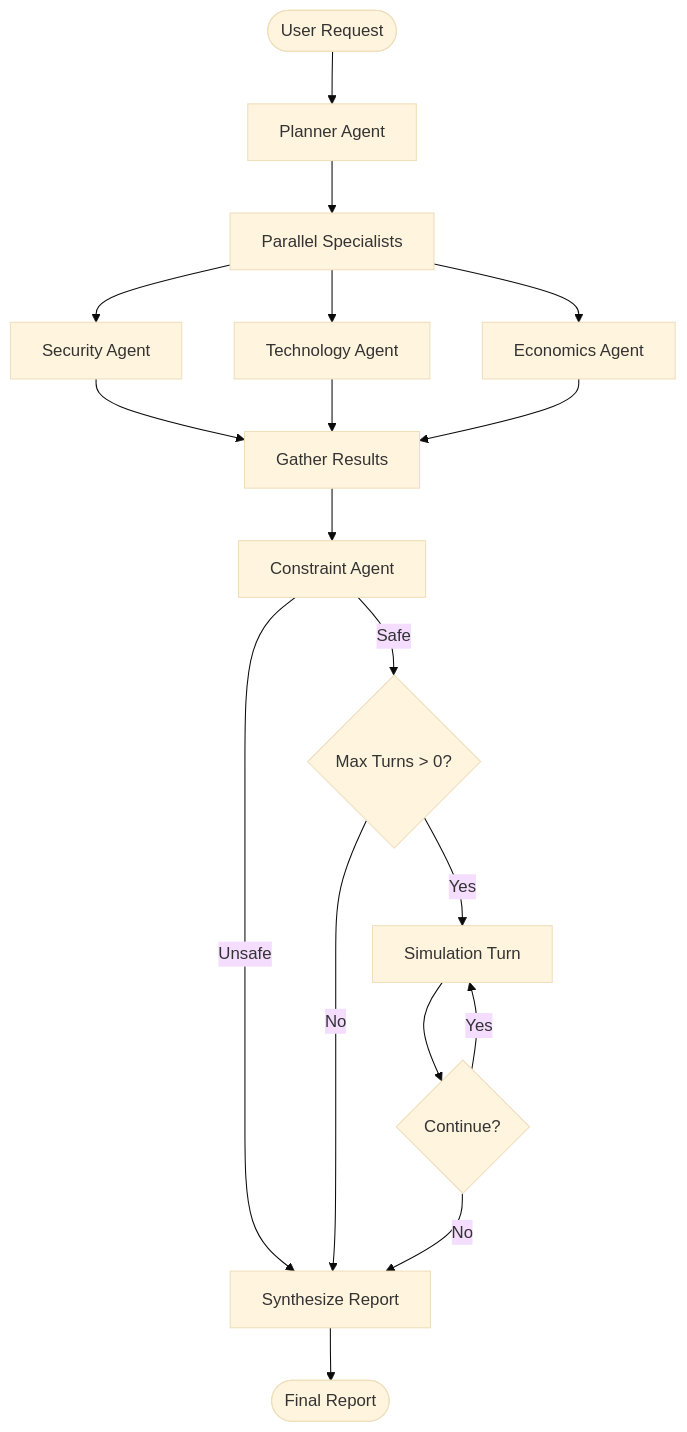
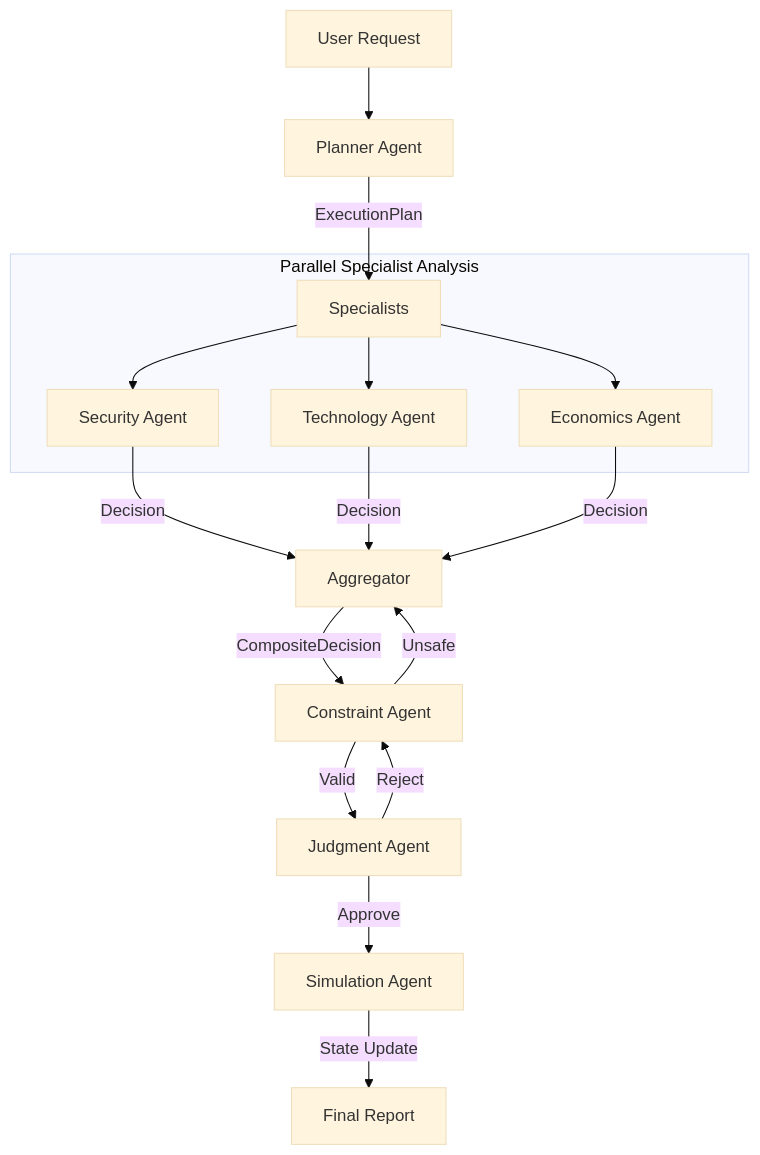
Before and after one commit to Auro-rium/simulation-agent: the diagram in README.md, drawn with Mermaid (base theme). The commit also changed other lines of this file and 46 other files, not shown here.

````diff
--- a/README.md
+++ b/README.md
@@ -36,27 +70,25 @@
 ```mermaid
 graph TD
-    Start([User Request]) --> Plan[Planner Agent]
-    Plan --> Specialists[Parallel Specialists]
+    User[User Request] --> Plan[Planner Agent]
+    Plan -->|ExecutionPlan| Specialists
     
-    Specialists --> Sec[Security Agent]
-    Specialists --> Tech[Technology Agent]
-    Specialists --> Econ[Economics Agent]
+    subgraph "Parallel Specialist Analysis"
+        Specialists --> Sec[Security Agent]
+        Specialists --> Tech[Technology Agent]
+        Specialists --> Econ[Economics Agent]
+    end
     
-    Sec --> Gather[Gather Results]
-    Tech --> Gather
-    Econ --> Gather
+    Sec -->|Decision| Aggregator
+    Tech -->|Decision| Aggregator
+    Econ -->|Decision| Aggregator
     
-    Gather --> Constraint[Constraint Agent]
+    Aggregator -->|CompositeDecision| Constraint[Constraint Agent]
     
-    Constraint -->|Safe| SimCheck{Max Turns > 0?}
-    Constraint -->|Unsafe| Synthesize[Synthesize Report]
+    Constraint -->|Valid| Judgment[Judgment Agent]
+    Constraint -->|Unsafe| Aggregator
     
-    SimCheck -->|Yes| SimLoop[Simulation Turn]
-    SimCheck -->|No| Synthesize
+    Judgment -->|Approve| Sim[Simulation Agent]
+    Judgment -->|Reject| Constraint
     
-    SimLoop --> LoopCheck{Continue?}
-    LoopCheck -->|Yes| SimLoop
-    LoopCheck -->|No| Synthesize
-    
-    Synthesize --> End([Final Report])
+    Sim -->|State Update| Final[Final Report]
 ```
````
